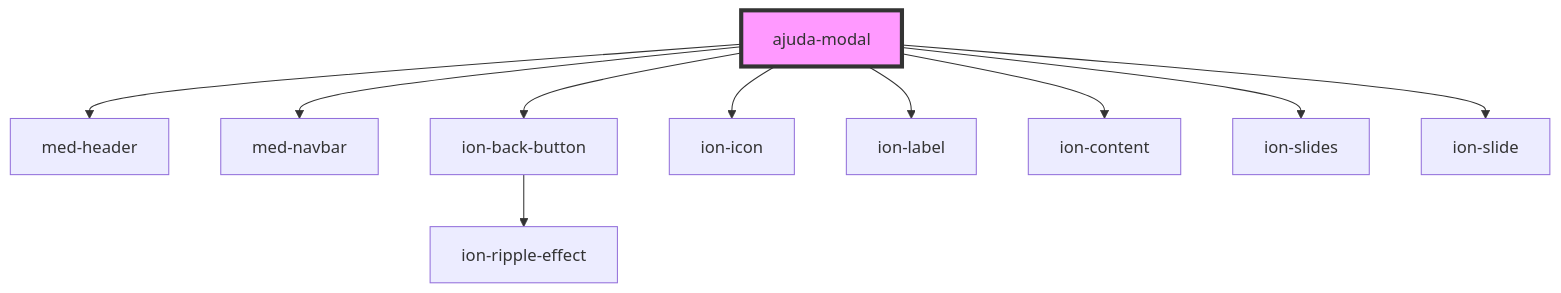
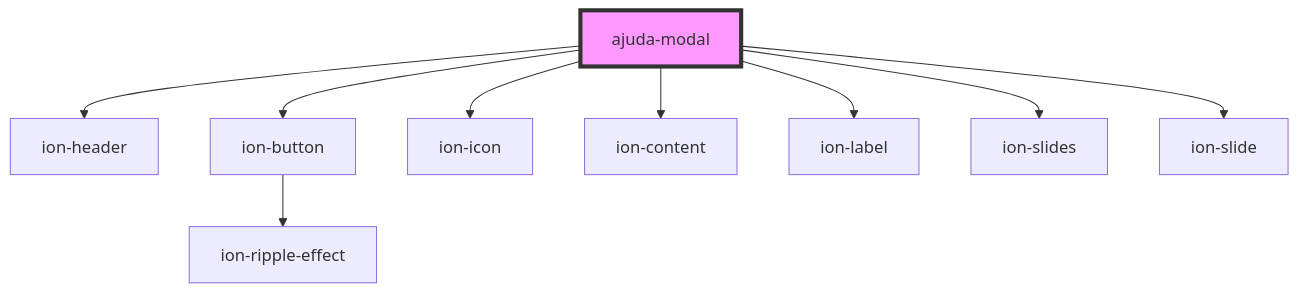
One commit to MEDGRUPOGIT/ionic-framework-1 changed the diagram in core/src/components/@templarios/ionic-1-migracao/simulados/ajuda-modal/readme.md. Above: the diagram before and after it, drawn with Mermaid. The commit also changed other lines of this file and 7 other files, not shown here.

Commit message:
migração simulados modal ajuda

````diff
--- a/core/src/components/@templarios/ionic-1-migracao/simulados/ajuda-modal/readme.md
+++ b/core/src/components/@templarios/ionic-1-migracao/simulados/ajuda-modal/readme.md
@@ -22,13 +21,12 @@
 ```mermaid
 graph TD;
-  ajuda-modal --> med-header
-  ajuda-modal --> med-navbar
-  ajuda-modal --> ion-back-button
+  ajuda-modal --> ion-header
+  ajuda-modal --> ion-button
   ajuda-modal --> ion-icon
+  ajuda-modal --> ion-content
   ajuda-modal --> ion-label
-  ajuda-modal --> ion-content
   ajuda-modal --> ion-slides
   ajuda-modal --> ion-slide
-  ion-back-button --> ion-ripple-effect
+  ion-button --> ion-ripple-effect
   style ajuda-modal fill:#f9f,stroke:#333,stroke-width:4px
 ```
````
